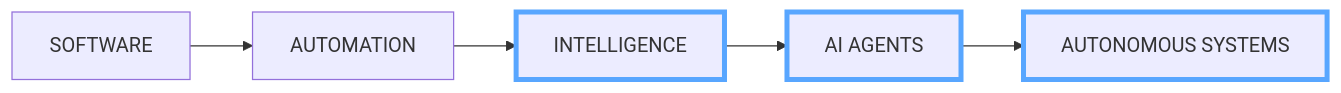
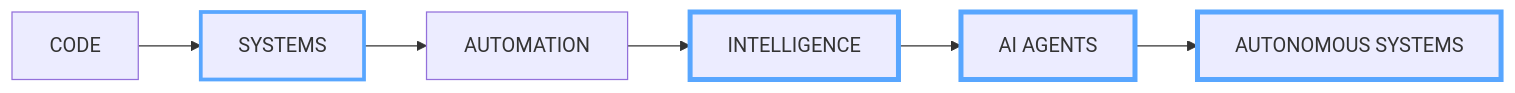
One commit to Harish-ai-dev/Harish-ai-dev changed the eighth of 8 diagrams in README.md. Above: the diagram before and after it, drawn with Mermaid. The commit also changed other lines of this file, not shown here.

Commit message:
Update README with new sections and diagrams

````diff
--- a/README.md
+++ b/README.md
@@ -323,18 +379,21 @@
-```mermaid id="t5x8m3"
+```mermaid id="v6p2m8"
 flowchart LR
 
-    SOFTWARE["SOFTWARE"]
+    CODE["CODE"]
+    SYSTEMS["SYSTEMS"]
     AUTOMATION["AUTOMATION"]
     INTELLIGENCE["INTELLIGENCE"]
     AGENTS["AI AGENTS"]
     AUTONOMY["AUTONOMOUS SYSTEMS"]
 
-    SOFTWARE --> AUTOMATION
+    CODE --> SYSTEMS
+    SYSTEMS --> AUTOMATION
     AUTOMATION --> INTELLIGENCE
     INTELLIGENCE --> AGENTS
     AGENTS --> AUTONOMY
 
+    style SYSTEMS stroke:#58A6FF,stroke-width:3px
     style INTELLIGENCE stroke:#58A6FF,stroke-width:4px
     style AGENTS stroke:#58A6FF,stroke-width:4px
     style AUTONOMY stroke:#58A6FF,stroke-width:4px
 ```
````
